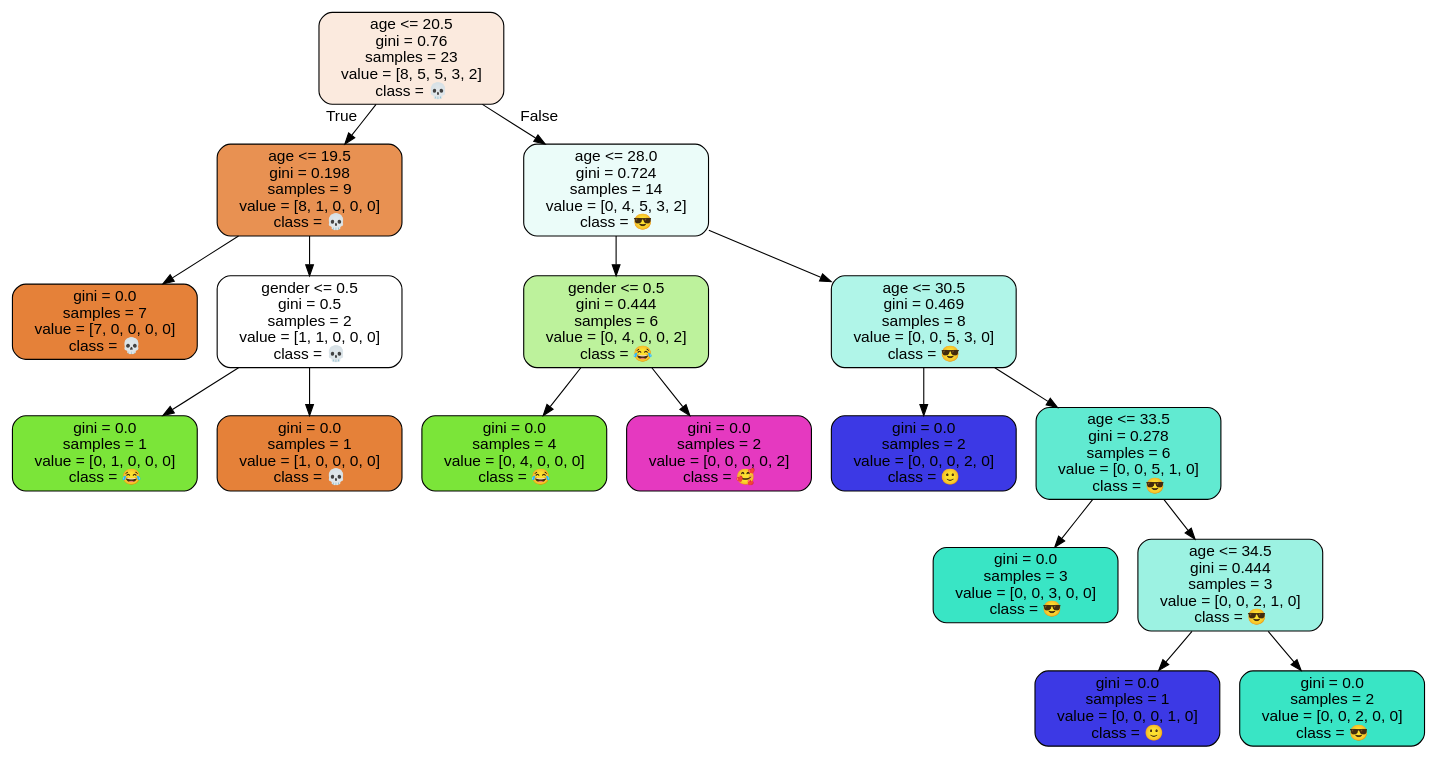
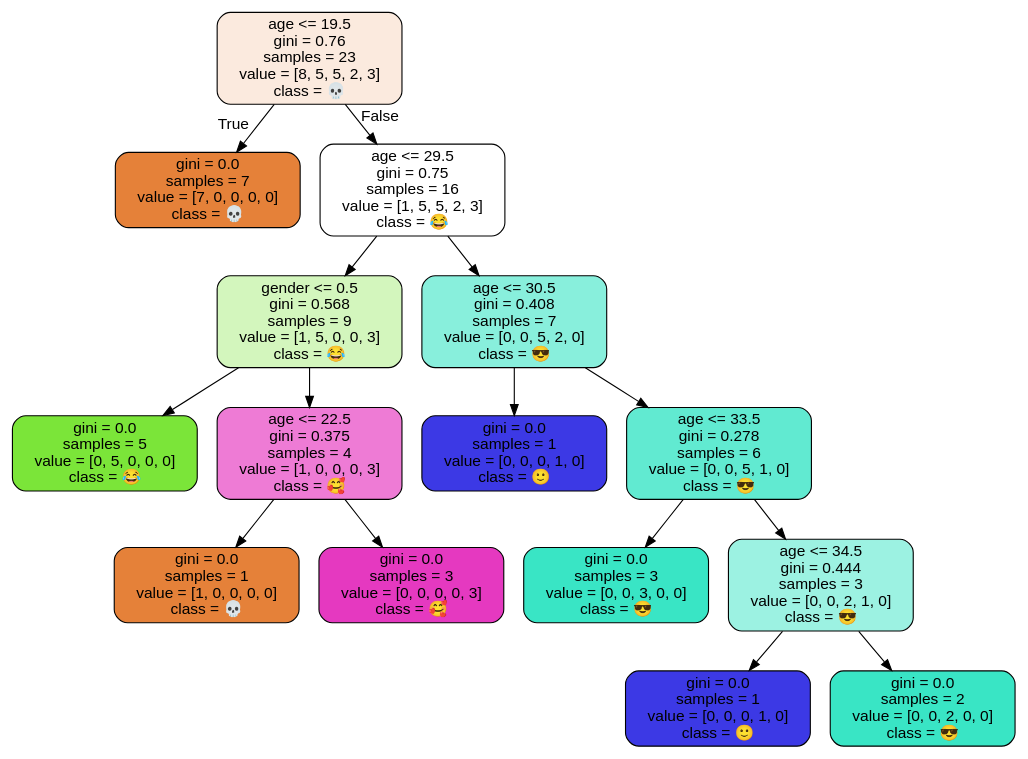
The diagram in emoji_results.dot (xrkatsenos/ML_simple-predictor), drawn with Graphviz before and after one commit. The commit also changed 3 other files, not shown here.

```diff
--- a/emoji_results.dot
+++ b/emoji_results.dot
@@ -1,37 +1,33 @@
 digraph Tree {
 node [shape=box, style="filled, rounded", color="black", fontname="helvetica"] ;
 edge [fontname="helvetica"] ;
-0 [label="age <= 20.5\ngini = 0.76\nsamples = 23\nvalue = [8, 5, 5, 3, 2]\nclass = 💀", fillcolor="#fbeade"] ;
-1 [label="age <= 19.5\ngini = 0.198\nsamples = 9\nvalue = [8, 1, 0, 0, 0]\nclass = 💀", fillcolor="#e89152"] ;
+0 [label="age <= 19.5\ngini = 0.76\nsamples = 23\nvalue = [8, 5, 5, 2, 3]\nclass = 💀", fillcolor="#fbeade"] ;
+1 [label="gini = 0.0\nsamples = 7\nvalue = [7, 0, 0, 0, 0]\nclass = 💀", fillcolor="#e58139"] ;
 0 -> 1 [labeldistance=2.5, labelangle=45, headlabel="True"] ;
-2 [label="gini = 0.0\nsamples = 7\nvalue = [7, 0, 0, 0, 0]\nclass = 💀", fillcolor="#e58139"] ;
-1 -> 2 ;
-3 [label="gender <= 0.5\ngini = 0.5\nsamples = 2\nvalue = [1, 1, 0, 0, 0]\nclass = 💀", fillcolor="#ffffff"] ;
-1 -> 3 ;
-4 [label="gini = 0.0\nsamples = 1\nvalue = [0, 1, 0, 0, 0]\nclass = 😂", fillcolor="#7be539"] ;
+2 [label="age <= 29.5\ngini = 0.75\nsamples = 16\nvalue = [1, 5, 5, 2, 3]\nclass = 😂", fillcolor="#ffffff"] ;
+0 -> 2 [labeldistance=2.5, labelangle=-45, headlabel="False"] ;
+3 [label="gender <= 0.5\ngini = 0.568\nsamples = 9\nvalue = [1, 5, 0, 0, 3]\nclass = 😂", fillcolor="#d3f6bd"] ;
+2 -> 3 ;
+4 [label="gini = 0.0\nsamples = 5\nvalue = [0, 5, 0, 0, 0]\nclass = 😂", fillcolor="#7be539"] ;
 3 -> 4 ;
-5 [label="gini = 0.0\nsamples = 1\nvalue = [1, 0, 0, 0, 0]\nclass = 💀", fillcolor="#e58139"] ;
+5 [label="age <= 22.5\ngini = 0.375\nsamples = 4\nvalue = [1, 0, 0, 0, 3]\nclass = 🥰", fillcolor="#ee7bd5"] ;
 3 -> 5 ;
-6 [label="age <= 28.0\ngini = 0.724\nsamples = 14\nvalue = [0, 4, 5, 3, 2]\nclass = 😎", fillcolor="#ebfcf9"] ;
-0 -> 6 [labeldistance=2.5, labelangle=-45, headlabel="False"] ;
-7 [label="gender <= 0.5\ngini = 0.444\nsamples = 6\nvalue = [0, 4, 0, 0, 2]\nclass = 😂", fillcolor="#bdf29c"] ;
-6 -> 7 ;
-8 [label="gini = 0.0\nsamples = 4\nvalue = [0, 4, 0, 0, 0]\nclass = 😂", fillcolor="#7be539"] ;
-7 -> 8 ;
-9 [label="gini = 0.0\nsamples = 2\nvalue = [0, 0, 0, 0, 2]\nclass = 🥰", fillcolor="#e539c0"] ;
-7 -> 9 ;
-10 [label="age <= 30.5\ngini = 0.469\nsamples = 8\nvalue = [0, 0, 5, 3, 0]\nclass = 😎", fillcolor="#b0f5e8"] ;
-6 -> 10 ;
-11 [label="gini = 0.0\nsamples = 2\nvalue = [0, 0, 0, 2, 0]\nclass = 🙂", fillcolor="#3c39e5"] ;
+6 [label="gini = 0.0\nsamples = 1\nvalue = [1, 0, 0, 0, 0]\nclass = 💀", fillcolor="#e58139"] ;
+5 -> 6 ;
+7 [label="gini = 0.0\nsamples = 3\nvalue = [0, 0, 0, 0, 3]\nclass = 🥰", fillcolor="#e539c0"] ;
+5 -> 7 ;
+8 [label="age <= 30.5\ngini = 0.408\nsamples = 7\nvalue = [0, 0, 5, 2, 0]\nclass = 😎", fillcolor="#88efdc"] ;
+2 -> 8 ;
+9 [label="gini = 0.0\nsamples = 1\nvalue = [0, 0, 0, 1, 0]\nclass = 🙂", fillcolor="#3c39e5"] ;
+8 -> 9 ;
+10 [label="age <= 33.5\ngini = 0.278\nsamples = 6\nvalue = [0, 0, 5, 1, 0]\nclass = 😎", fillcolor="#61ead1"] ;
+8 -> 10 ;
+11 [label="gini = 0.0\nsamples = 3\nvalue = [0, 0, 3, 0, 0]\nclass = 😎", fillcolor="#39e5c5"] ;
 10 -> 11 ;
-12 [label="age <= 33.5\ngini = 0.278\nsamples = 6\nvalue = [0, 0, 5, 1, 0]\nclass = 😎", fillcolor="#61ead1"] ;
+12 [label="age <= 34.5\ngini = 0.444\nsamples = 3\nvalue = [0, 0, 2, 1, 0]\nclass = 😎", fillcolor="#9cf2e2"] ;
 10 -> 12 ;
-13 [label="gini = 0.0\nsamples = 3\nvalue = [0, 0, 3, 0, 0]\nclass = 😎", fillcolor="#39e5c5"] ;
+13 [label="gini = 0.0\nsamples = 1\nvalue = [0, 0, 0, 1, 0]\nclass = 🙂", fillcolor="#3c39e5"] ;
 12 -> 13 ;
-14 [label="age <= 34.5\ngini = 0.444\nsamples = 3\nvalue = [0, 0, 2, 1, 0]\nclass = 😎", fillcolor="#9cf2e2"] ;
+14 [label="gini = 0.0\nsamples = 2\nvalue = [0, 0, 2, 0, 0]\nclass = 😎", fillcolor="#39e5c5"] ;
 12 -> 14 ;
-15 [label="gini = 0.0\nsamples = 1\nvalue = [0, 0, 0, 1, 0]\nclass = 🙂", fillcolor="#3c39e5"] ;
-14 -> 15 ;
-16 [label="gini = 0.0\nsamples = 2\nvalue = [0, 0, 2, 0, 0]\nclass = 😎", fillcolor="#39e5c5"] ;
-14 -> 16 ;
 }
```
